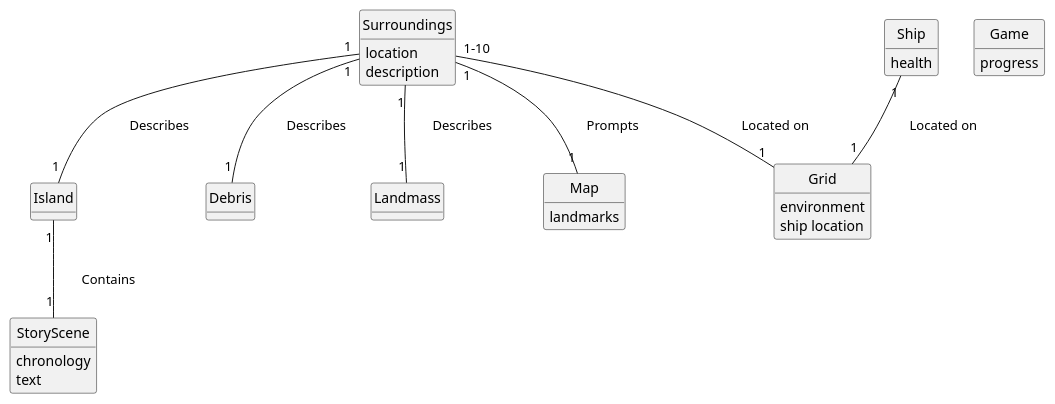
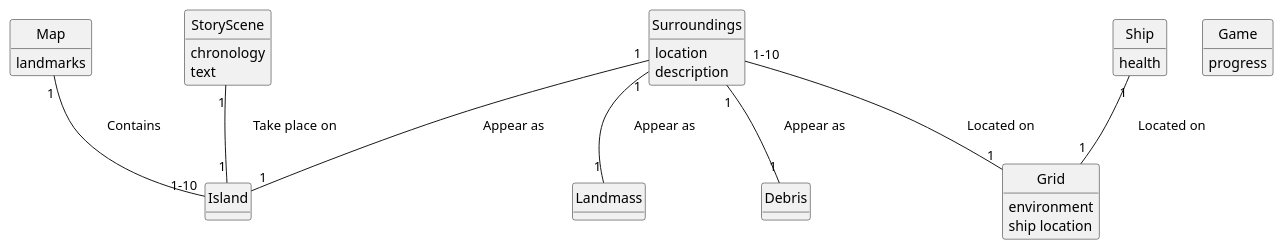
One commit to emutchek/MaraudersAtSea changed the diagram in CMPU_203_PirateGame/doc/domain_model.md. Above: the diagram before and after it, drawn with PlantUML. The commit also changed 1 other file, not shown here.

Commit message:
SHIVER ME TIMBERS! Updated domain model and glossary.

````diff
--- a/CMPU_203_PirateGame/doc/domain_model.md
+++ b/CMPU_203_PirateGame/doc/domain_model.md
@@ -1,41 +1,41 @@
 ```PlantUML
 @startuml
 hide circle
 hide empty methods
 ' classes
 class Map{
 landmarks
 }
 class Surroundings{
 location
 description
 }
 class Grid {
 environment
 ship location
 }
 class Ship {
 health
 }
 class StoryScene {
 chronology
 text
 }
 class Game {
 progress
 }
 class Island {}
 class Debris {}
 class Landmass {}
 
 ' associations
 Surroundings "1-10" -- "1" Grid : \tLocated on \t\t
-Surroundings "1" -- "1" Map : \tPrompts\t\t
-Surroundings "1" -- "1" Landmass : \tDescribes \t\t
-Surroundings "1" -- "1" Debris : \tDescribes \t\t
-Surroundings "1" -- "1" Island : \tDescribes \t\t
+Surroundings "1" -- "1" Landmass : \tAppear as \t\t
+Surroundings "1" -- "1" Debris : \tAppear as \t\t
+Surroundings "1" -- "1" Island : \tAppear as \t\t
 Ship "1" -- "1" Grid : \tLocated on \t\t
-Island "1" -- "1" StoryScene : \tContains \t\t
+StoryScene "1" -- "1" Island : \tTake place on \t\t
+Map "1" -- "1-10" Island : \tContains \t\t
 
 @enduml
 ```
````
